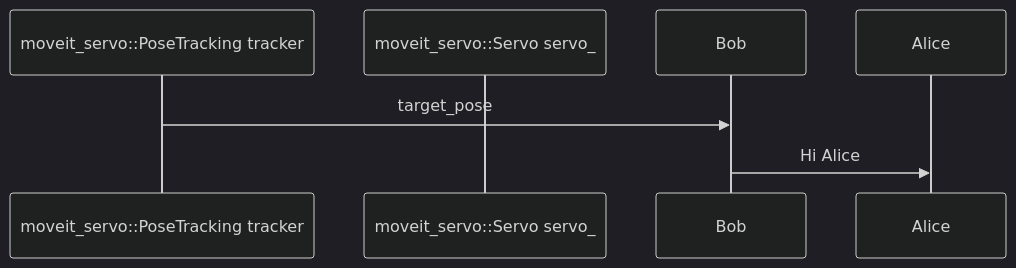
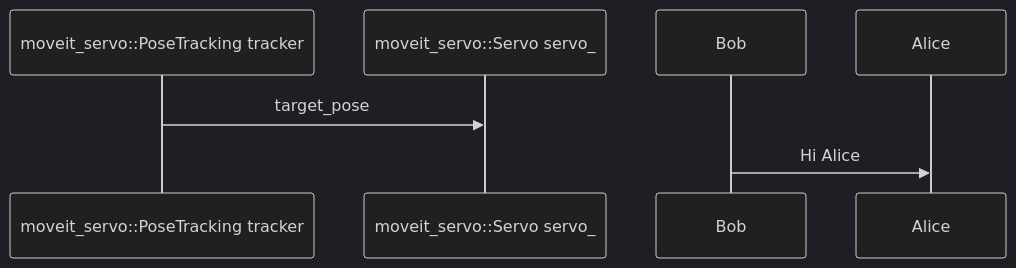
Before and after one commit to kemjensak/isaac_sim_tutorial: the first of 2 diagrams in docs/day3-4.md, drawn with Mermaid (dark theme). The commit also changed other lines of this file, not shown here.

Commit message:
docs/day3-4.md updated from https://stackedit.io/

````diff
--- a/docs/day3-4.md
+++ b/docs/day3-4.md
@@ -121,7 +121,8 @@
 ```mermaid 
 sequenceDiagram 
 	 participant A as moveit_servo::PoseTracking tracker
+	 participant B as moveit_servo::Servo servo_ 
 	 participant B as moveit_servo::Servo servo_  
-	 A->>Bob: target_pose 
+	 A->>B: target_pose 
 	 Bob->>Alice: Hi Alice
 ```
````
